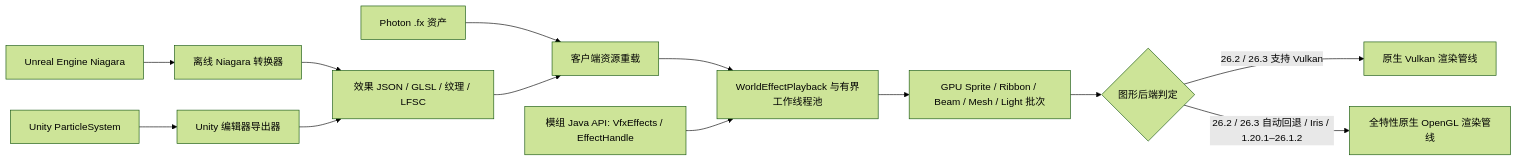
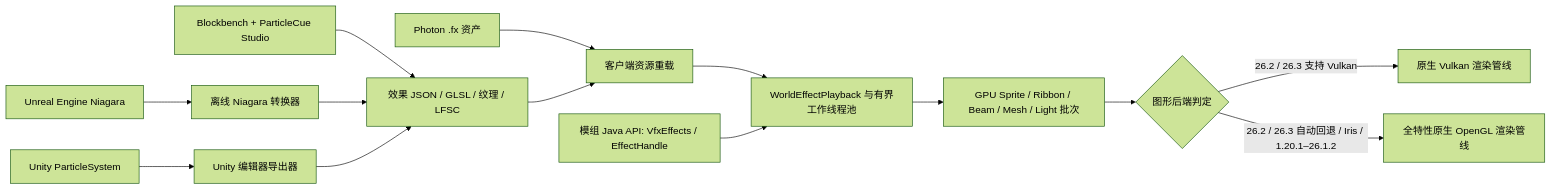
One commit to kltyton/LumenFX changed the diagram in docs/wiki/Home-zh.md. Above: the diagram before and after it, drawn with Mermaid (forest theme). The commit also changed other lines of this file and 5 other files, not shown here.

Commit message:
docs: add ParticleCue Studio Blockbench authoring plugin to READMEs and wiki

````diff
--- a/docs/wiki/Home-zh.md
+++ b/docs/wiki/Home-zh.md
@@ -15,15 +15,16 @@
 ```mermaid
 flowchart LR
     UE[Unreal Engine Niagara] --> C[离线 Niagara 转换器]
     U[Unity ParticleSystem] --> E[Unity 编辑器导出器]
+    BB[Blockbench + ParticleCue Studio] --> R[效果 JSON / GLSL / 纹理 / LFSC]
     P[Photon .fx 资产] --> L[客户端资源重载]
-    C --> R[效果 JSON / GLSL / 纹理 / LFSC]
+    C --> R
     E --> R
     R --> L
     L --> S[WorldEffectPlayback 与有界工作线程池]
     API[模组 Java API: VfxEffects / EffectHandle] --> S
     S --> G[GPU Sprite / Ribbon / Beam / Mesh / Light 批次]
     G --> B{图形后端判定}
     B -->|26.2 / 26.3 支持 Vulkan| VK[原生 Vulkan 渲染管线]
     B -->|26.2 / 26.3 自动回退 / Iris / 1.20.1–26.1.2| GL[全特性原生 OpenGL 渲染管线]
 ```
````
